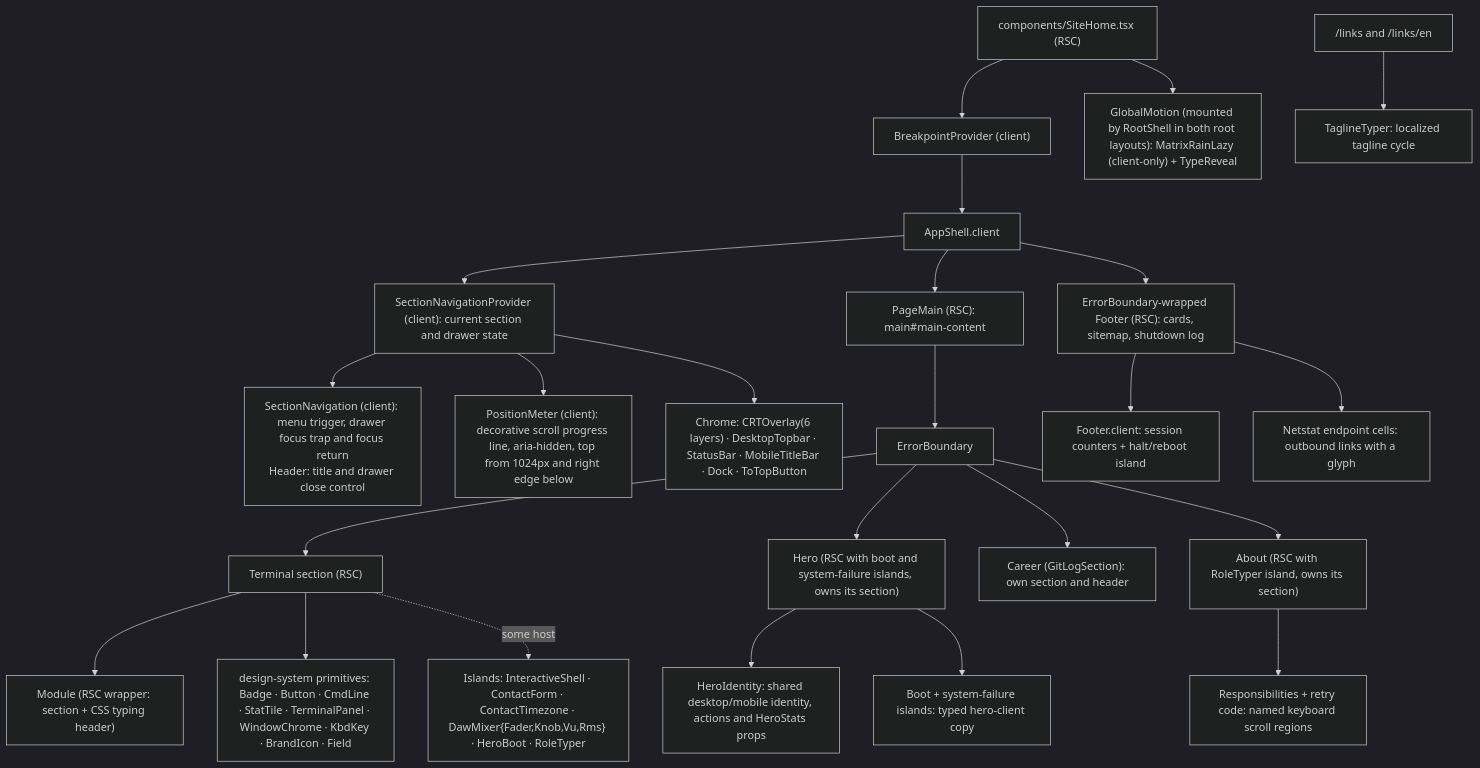
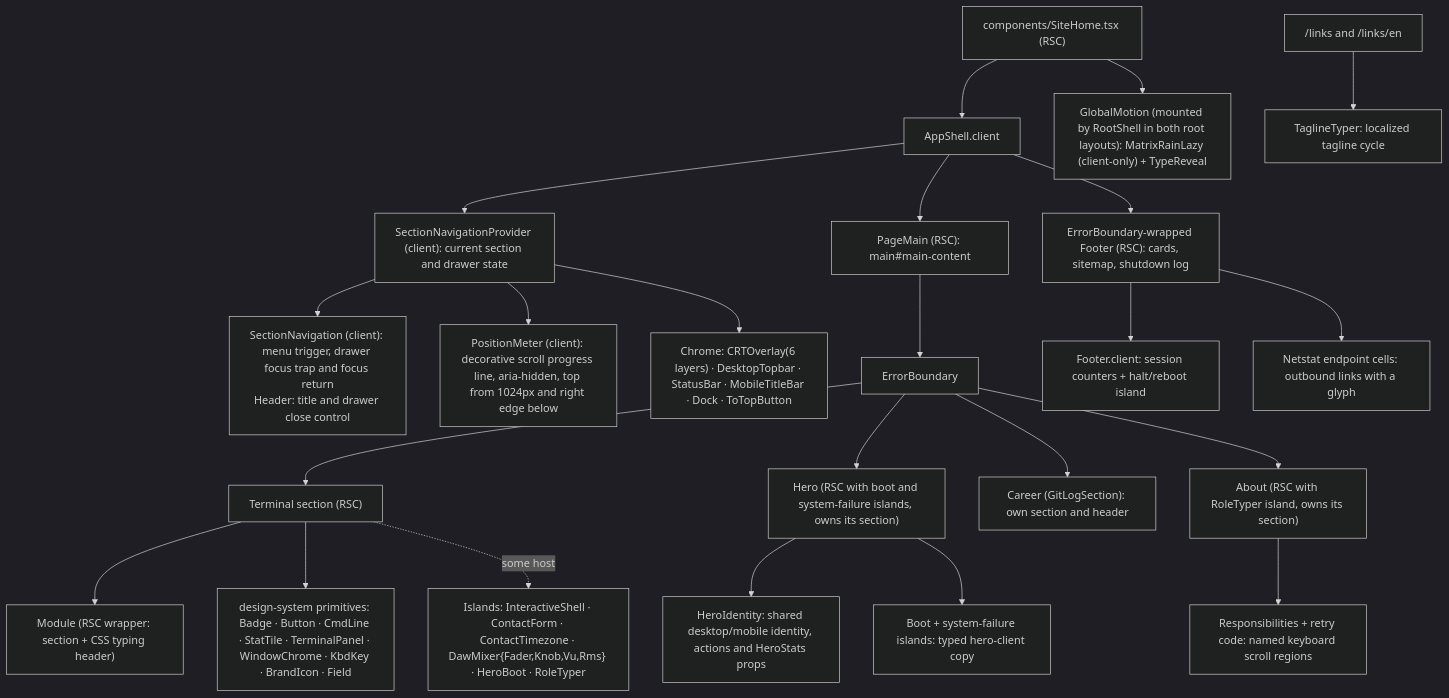
Before and after one commit to erikunha/portfolio: the first of 2 diagrams in docs/04-components-and-state.md, drawn with Mermaid (dark theme). The commit also changed other lines of this file and 14 other files, not shown here.

````diff
--- a/docs/04-components-and-state.md
+++ b/docs/04-components-and-state.md
@@ -32,26 +32,25 @@
 ```mermaid
 flowchart TD
-    page["components/SiteHome.tsx (RSC)"] --> bp["BreakpointProvider (client)"]
-    bp --> shell["AppShell.client"]
+    page["components/SiteHome.tsx (RSC)"] --> shell["AppShell.client"]
     shell --> navigation["SectionNavigationProvider (client): current section and drawer state"]
     navigation --> rail["SectionNavigation (client): menu trigger, drawer focus trap and focus return<br/>Header: title and drawer close control"]
     navigation --> position["PositionMeter (client): decorative scroll progress line, aria-hidden, top from 1024px and right edge below"]
     navigation --> chrome["Chrome: CRTOverlay(6 layers) · DesktopTopbar · StatusBar · MobileTitleBar · Dock · ToTopButton"]
     page --> gm["GlobalMotion (mounted by RootShell in both root layouts): MatrixRainLazy (client-only) + TypeReveal"]
     shell --> main["PageMain (RSC): main#main-content"]
     main --> eb["ErrorBoundary"]
     eb --> sec["Terminal section (RSC)"]
     sec --> mod["Module (RSC wrapper: section + CSS typing header)"]
     sec --> dsp["design-system primitives: Badge · Button · CmdLine · StatTile · TerminalPanel · WindowChrome · KbdKey · BrandIcon · Field"]
     sec -. some host .-> isl["Islands: InteractiveShell · ContactForm · ContactTimezone · DawMixer{Fader,Knob,Vu,Rms} · HeroBoot · RoleTyper"]
     eb --> hero["Hero (RSC with boot and system-failure islands, owns its section)"]
     hero --> identity["HeroIdentity: shared desktop/mobile identity, actions and HeroStats props"]
     hero --> clientcopy["Boot + system-failure islands: typed hero-client copy"]
     eb --> career["Career (GitLogSection): own section and header"]
     eb --> about["About (RSC with RoleTyper island, owns its section)"]
     about --> scroll["Responsibilities + retry code: named keyboard scroll regions"]
     shell --> fl["ErrorBoundary-wrapped Footer (RSC): cards, sitemap, shutdown log"]
     fl --> fi["Footer.client: session counters + halt/reboot island"]
     fl --> fc["Netstat endpoint cells: outbound links with a glyph"]
     links["/links and /links/en"] --> tagline["TaglineTyper: localized tagline cycle"]
 ```
````
